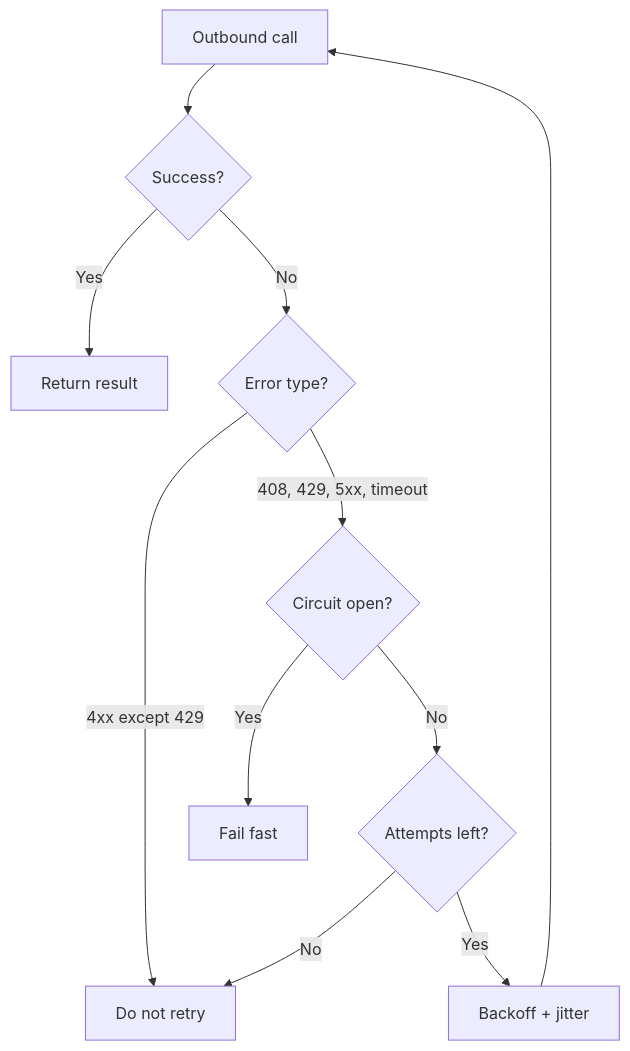
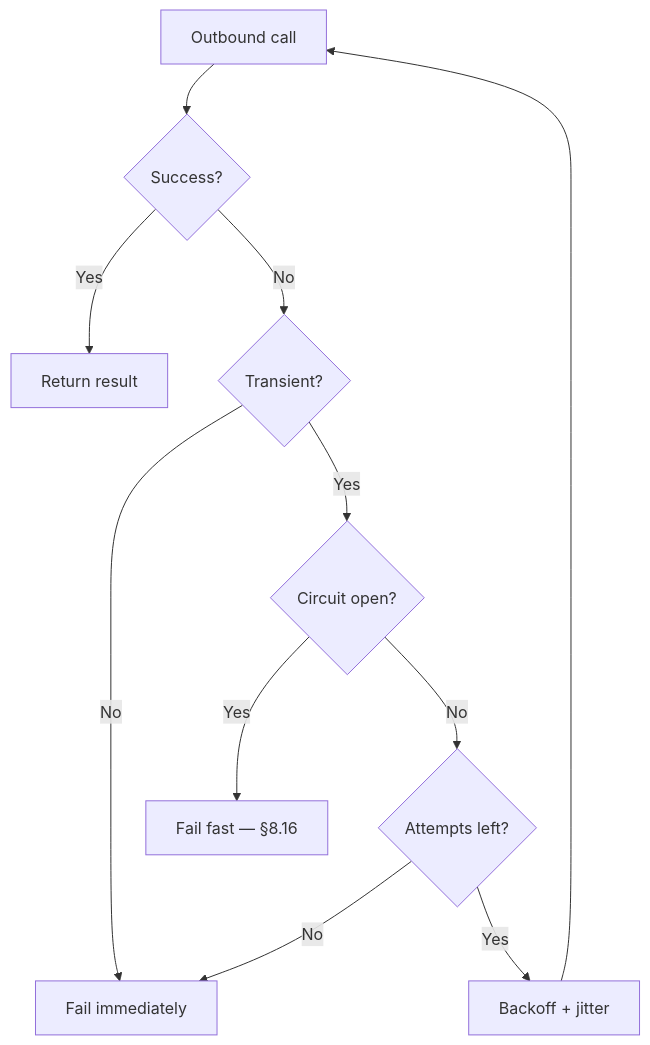
Before and after one commit to hareramcse/SystemDesign: diagram 21 of 28 in 08-microservices/README.md, drawn with Mermaid. The commit also changed other lines of this file, not shown here.

````diff
--- a/08-microservices/README.md
+++ b/08-microservices/README.md
@@ -1408,13 +2307,13 @@
 ```mermaid
 flowchart TB
     Call[Outbound call] --> OK{Success?}
     OK -->|Yes| Return[Return result]
-    OK -->|No| Type{Error type?}
-    Type -->|4xx except 429| Fail[Do not retry]
-    Type -->|408, 429, 5xx, timeout| CB{Circuit open?}
-    CB -->|Yes| Fast[Fail fast]
+    OK -->|No| Type{Transient?}
+    Type -->|No| Fail[Fail immediately]
+    Type -->|Yes| CB{Circuit open?}
+    CB -->|Yes| Fast[Fail fast — §8.16]
     CB -->|No| Attempts{Attempts left?}
     Attempts -->|No| Fail
     Attempts -->|Yes| Wait[Backoff + jitter]
     Wait --> Call
 ```
````
